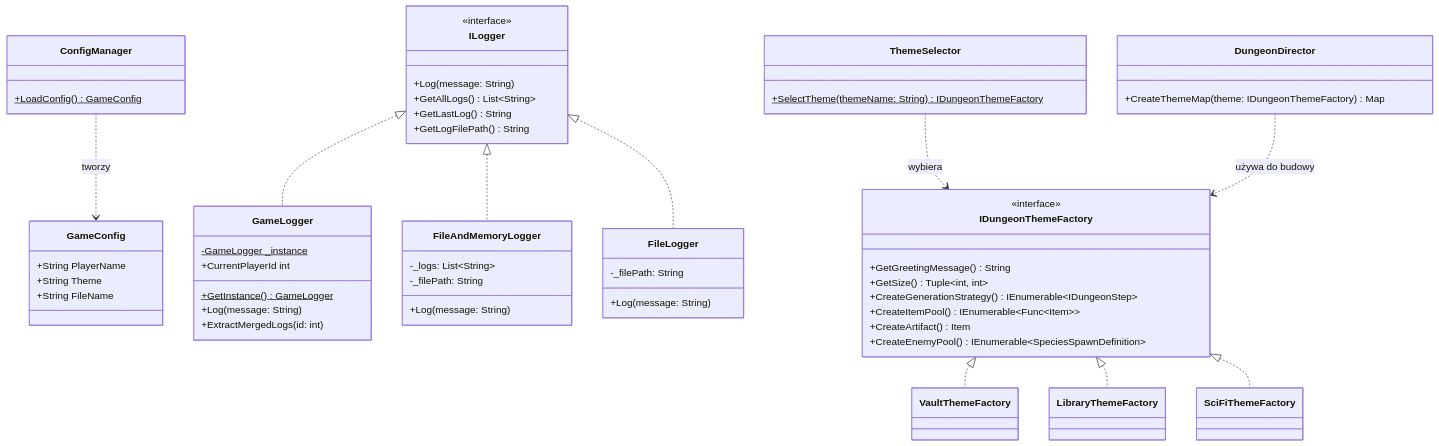
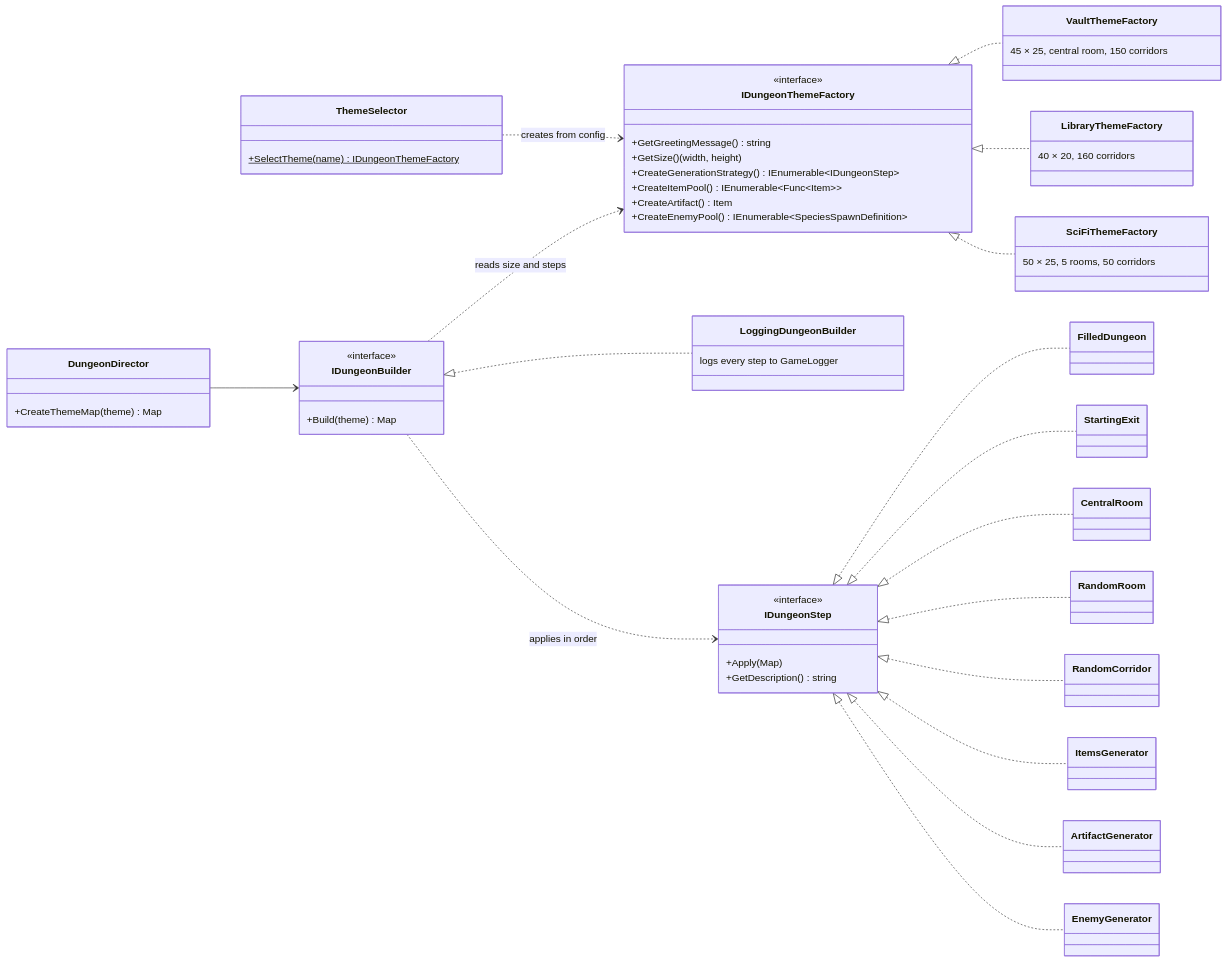
Before and after one commit to anniigr/Console-RPG: the fifth of 6 diagrams in Readme.md, drawn with Mermaid. The commit also changed other lines of this file and 6 other files, not shown here.

Commit message:
Rewrite README with real screenshots, verified architecture docs and known issues

````diff
--- a/Readme.md
+++ b/Readme.md
@@ -384,81 +363,57 @@
 ```mermaid
- classDiagram
-    %% ==========================================
-    %% KONFIGURACJA (Wymaganie: wczytywanie pliku)
-    %% ==========================================
-    class GameConfig {
-        +String PlayerName
-        +String Theme
-        +String FileName
-    }
-    class ConfigManager {
-        +LoadConfig() GameConfig$
-    }
-    ConfigManager ..> GameConfig : tworzy
-
-    %% ==========================================
-    %% DZIENNIK ZDARZEŃ (Wzorzec: Singleton + Interfejs)
-    %% ==========================================
-    class ILogger {
-        <<interface>>
-        +Log(message: String)
-        +GetAllLogs() List~String~
-        +GetLastLog() String
-        +GetLogFilePath() String
-    }
-    
-    class GameLogger {
-        -GameLogger _instance$
-        +CurrentPlayerId int
-        +GetInstance() GameLogger$
-        +Log(message: String)
-        +ExtractMergedLogs(id: int)
-    }
-    
-    class FileAndMemoryLogger {
-        -_logs: List~String~
-        -_filePath: String
-        +Log(message: String)
-    }
-    
-    class FileLogger {
-        -_filePath: String
-        +Log(message: String)
-    }
-
-    ILogger <|.. GameLogger
-    ILogger <|.. FileAndMemoryLogger
-    ILogger <|.. FileLogger
-
-    %% ==========================================
-    %% MOTYWY LOCHU (Wzorzec: Abstract Factory)
-    %% ==========================================
+classDiagram
+    direction LR
     class IDungeonThemeFactory {
         <<interface>>
-        +GetGreetingMessage() String
-        +GetSize() Tuple~int, int~
+        +GetGreetingMessage() string
+        +GetSize() (width, height)
         +CreateGenerationStrategy() IEnumerable~IDungeonStep~
         +CreateItemPool() IEnumerable~Func~Item~~
         +CreateArtifact() Item
         +CreateEnemyPool() IEnumerable~SpeciesSpawnDefinition~
     }
-
-    class VaultThemeFactory
-    class LibraryThemeFactory
-    class SciFiThemeFactory
+    class VaultThemeFactory {
+        45 × 25, central room, 150 corridors
+    }
+    class LibraryThemeFactory {
+        40 × 20, 160 corridors
+    }
+    class SciFiThemeFactory {
+        50 × 25, 5 rooms, 50 corridors
+    }
+    class ThemeSelector {
+        +SelectTheme(name) IDungeonThemeFactory$
+    }
+    class DungeonDirector {
+        +CreateThemeMap(theme) Map
+    }
+    class IDungeonBuilder {
+        <<interface>>
+        +Build(theme) Map
+    }
+    class LoggingDungeonBuilder {
+        logs every step to GameLogger
+    }
+    class IDungeonStep {
+        <<interface>>
+        +Apply(Map)
+        +GetDescription() string
+    }
 
     IDungeonThemeFactory <|.. VaultThemeFactory
     IDungeonThemeFactory <|.. LibraryThemeFactory
     IDungeonThemeFactory <|.. SciFiThemeFactory
-
-    class ThemeSelector {
-        +SelectTheme(themeName: String) IDungeonThemeFactory$
-    }
-    
-    class DungeonDirector {
-        +CreateThemeMap(theme: IDungeonThemeFactory) Map
-    }
-
-    ThemeSelector ..> IDungeonThemeFactory : wybiera
-    DungeonDirector ..> IDungeonThemeFactory : używa do budowy
+    ThemeSelector ..> IDungeonThemeFactory : creates from config
+    DungeonDirector --> IDungeonBuilder
+    IDungeonBuilder <|.. LoggingDungeonBuilder
+    IDungeonBuilder ..> IDungeonThemeFactory : reads size and steps
+    IDungeonBuilder ..> IDungeonStep : applies in order
+    IDungeonStep <|.. FilledDungeon
+    IDungeonStep <|.. StartingExit
+    IDungeonStep <|.. CentralRoom
+    IDungeonStep <|.. RandomRoom
+    IDungeonStep <|.. RandomCorridor
+    IDungeonStep <|.. ItemsGenerator
+    IDungeonStep <|.. ArtifactGenerator
+    IDungeonStep <|.. EnemyGenerator
 ```
````
